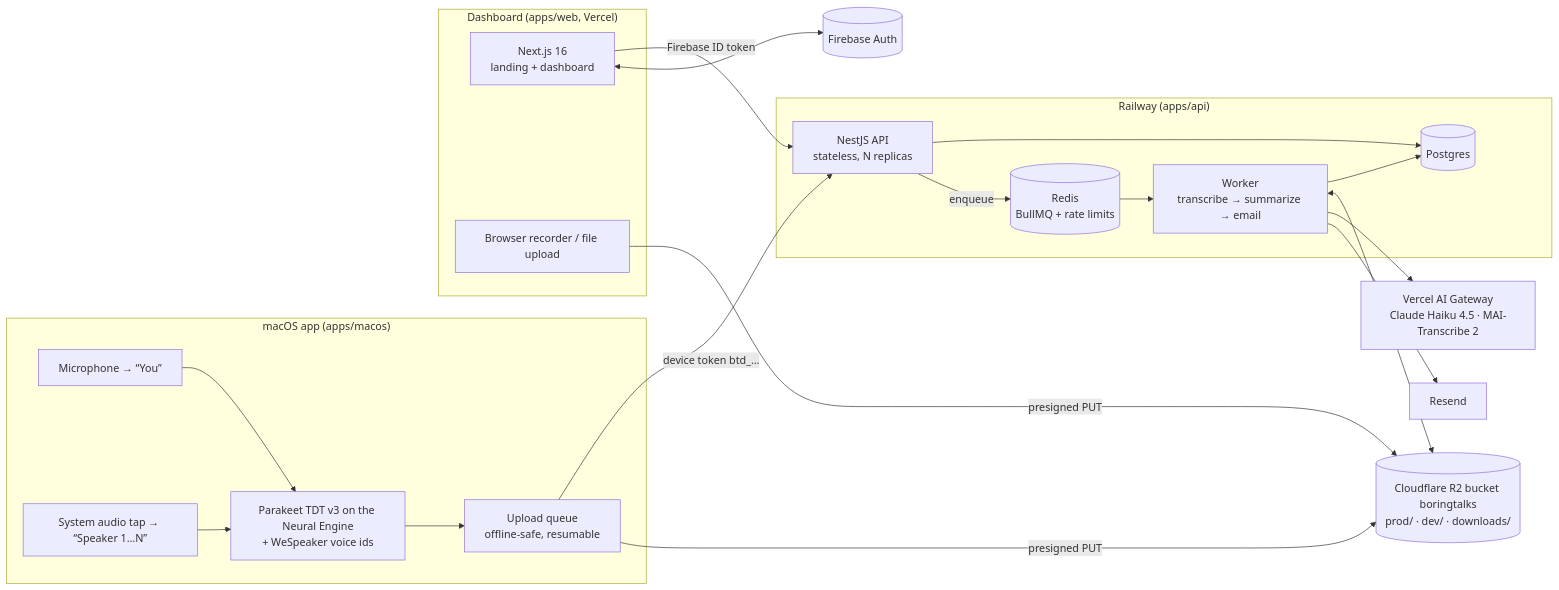
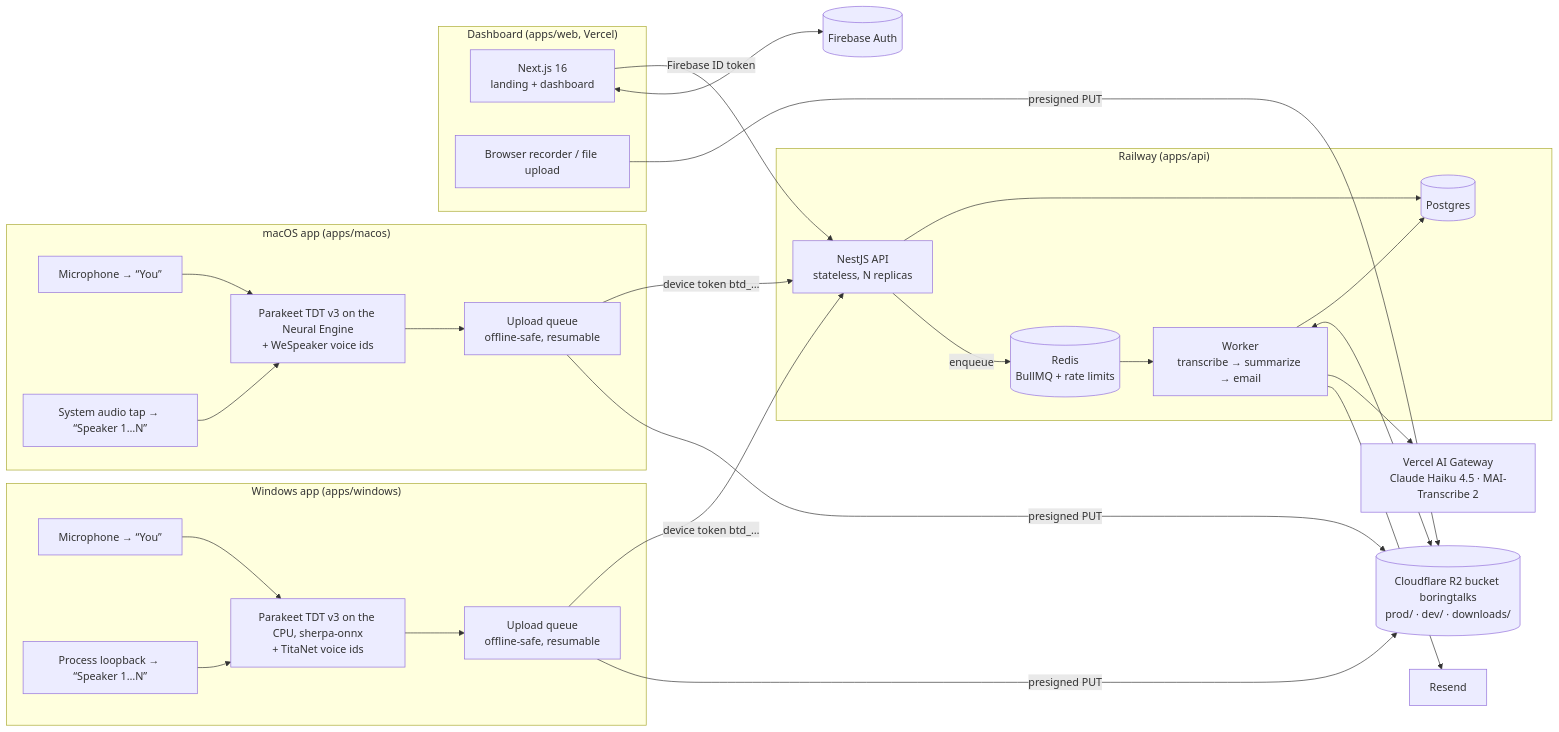
One commit to jfkz/fireflies-tech-challenge changed the first of 2 diagrams in docs/ARCHITECTURE.md. Above: the diagram before and after it, drawn with Mermaid. The commit also changed other lines of this file and 189 other files, not shown here.

First line of the commit message:
Windows app; OS-aware downloads; reset links on boringtalks.lol; louder You (#15)

````diff
--- a/docs/ARCHITECTURE.md
+++ b/docs/ARCHITECTURE.md
@@ -6,43 +6,55 @@
 ```mermaid
 flowchart LR
   subgraph Mac["macOS app (apps/macos)"]
     mic[Microphone → “You”]
     sys[System audio tap → “Speaker 1…N”]
     asr[Parakeet TDT v3 on the Neural Engine<br/>+ WeSpeaker voice ids]
     q[Upload queue<br/>offline-safe, resumable]
     mic --> asr
     sys --> asr
     asr --> q
+  end
+
+  subgraph Win["Windows app (apps/windows)"]
+    wmic[Microphone → “You”]
+    wsys[Process loopback → “Speaker 1…N”]
+    wasr[Parakeet TDT v3 on the CPU, sherpa-onnx<br/>+ TitaNet voice ids]
+    wq[Upload queue<br/>offline-safe, resumable]
+    wmic --> wasr
+    wsys --> wasr
+    wasr --> wq
   end
 
   subgraph Web["Dashboard (apps/web, Vercel)"]
     ui[Next.js 16<br/>landing + dashboard]
     rec[Browser recorder / file upload]
   end
 
   fb[(Firebase Auth)]
   r2[(Cloudflare R2 bucket boringtalks<br/>prod/ · dev/ · downloads/)]
 
   subgraph Railway["Railway (apps/api)"]
     api[NestJS API<br/>stateless, N replicas]
     pg[(Postgres)]
     redis[(Redis<br/>BullMQ + rate limits)]
     worker[Worker<br/>transcribe → summarize → email]
   end
 
   gw[Vercel AI Gateway<br/>Claude Haiku 4.5 · MAI-Transcribe 2]
   resend[Resend]
 
   ui -- Firebase ID token --> api
   ui <--> fb
   q -- device token btd_… --> api
   q -- presigned PUT --> r2
+  wq -- device token btd_… --> api
+  wq -- presigned PUT --> r2
   rec -- presigned PUT --> r2
   api --> pg
   api -- enqueue --> redis
   redis --> worker
   worker --> pg
   worker <--> r2
   worker --> gw
   worker --> resend
 ```
````
